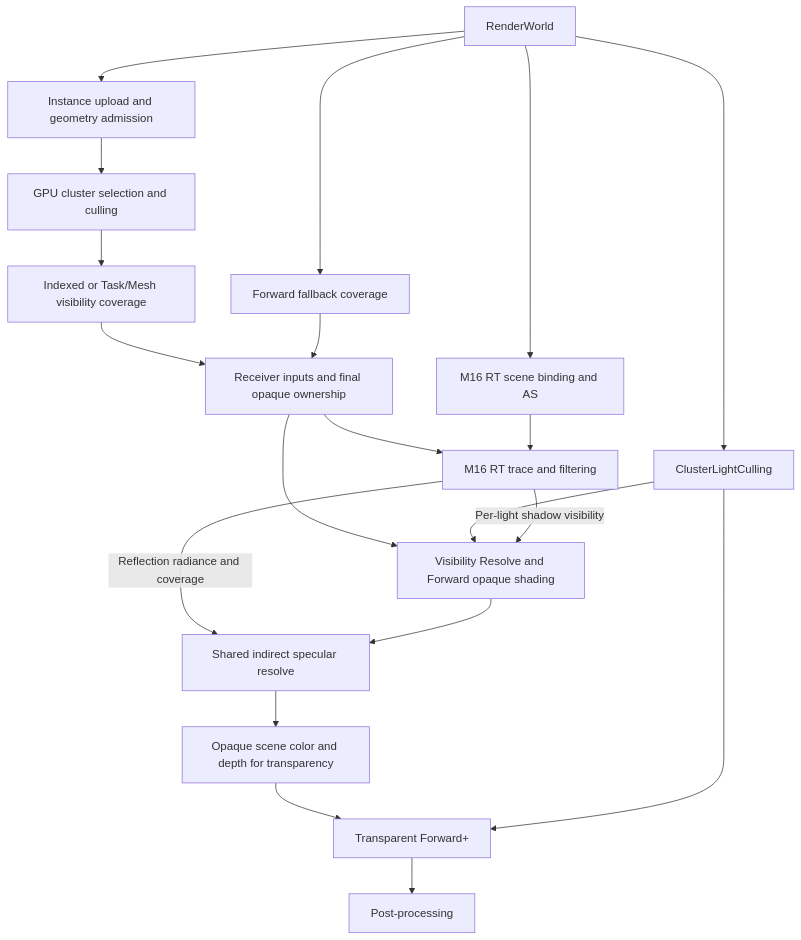
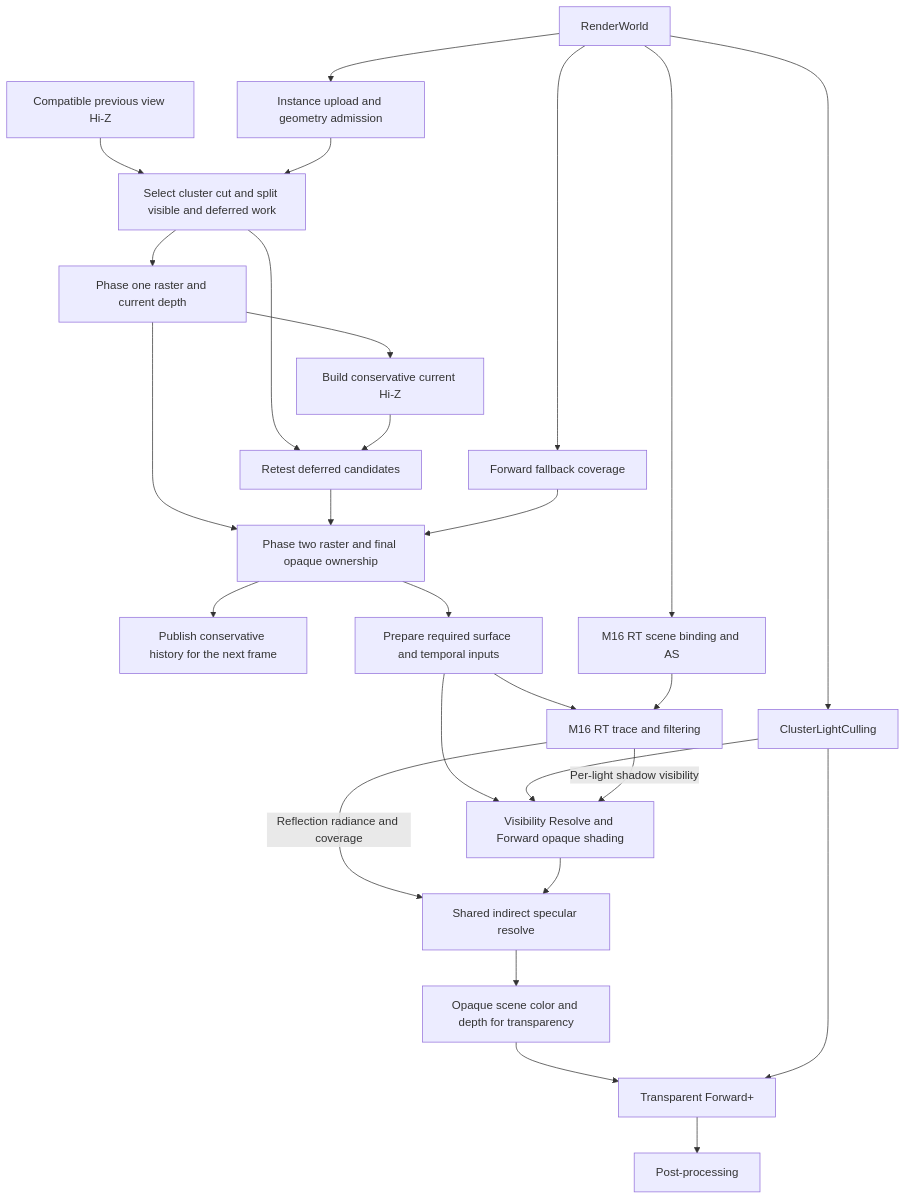
One commit to nguyenphong0210/AxleEngine changed the diagram in docs/milestones/MILESTONE_17_GEOMETRY_VISIBILITY/ARCHITECTURE.md. Above: the diagram before and after it, drawn with Mermaid. The commit also changed other lines of this file and 1 other file, not shown here.

Commit message:
docs(m17): specify cluster cuts and visibility pass contracts

````diff
--- a/docs/milestones/MILESTONE_17_GEOMETRY_VISIBILITY/ARCHITECTURE.md
+++ b/docs/milestones/MILESTONE_17_GEOMETRY_VISIBILITY/ARCHITECTURE.md
@@ -53,23 +57,30 @@
 ```mermaid
 flowchart TD
     W[RenderWorld]
     W --> U[Instance upload and geometry admission]
-    U --> C[GPU cluster selection and culling]
-    C --> V[Indexed or Task/Mesh visibility coverage]
+    H[Compatible previous view Hi-Z] --> C[Select cluster cut and split visible and deferred work]
+    U --> C
+    C --> D[Phase one raster and current depth]
+    D --> Z[Build conservative current Hi-Z]
+    C --> Q[Retest deferred candidates]
+    Z --> Q
+    D --> V[Phase two raster and final opaque ownership]
+    Q --> V
     W --> F[Forward fallback coverage]
-    V --> R[Receiver inputs and final opaque ownership]
-    F --> R
+    F --> V
+    V --> N[Publish conservative history for the next frame]
+    V --> R[Prepare required surface and temporal inputs]
     W --> L[ClusterLightCulling]
     W --> A[M16 RT scene binding and AS]
     R --> T[M16 RT trace and filtering]
     A --> T
     R --> S[Visibility Resolve and Forward opaque shading]
     L --> S
     T -->|Per-light shadow visibility| S
     T -->|Reflection radiance and coverage| I[Shared indirect specular resolve]
     S --> I
     I --> O[Opaque scene color and depth for transparency]
     O --> P[Transparent Forward+]
     L --> P
     P --> X[Post-processing]
 ```
````
